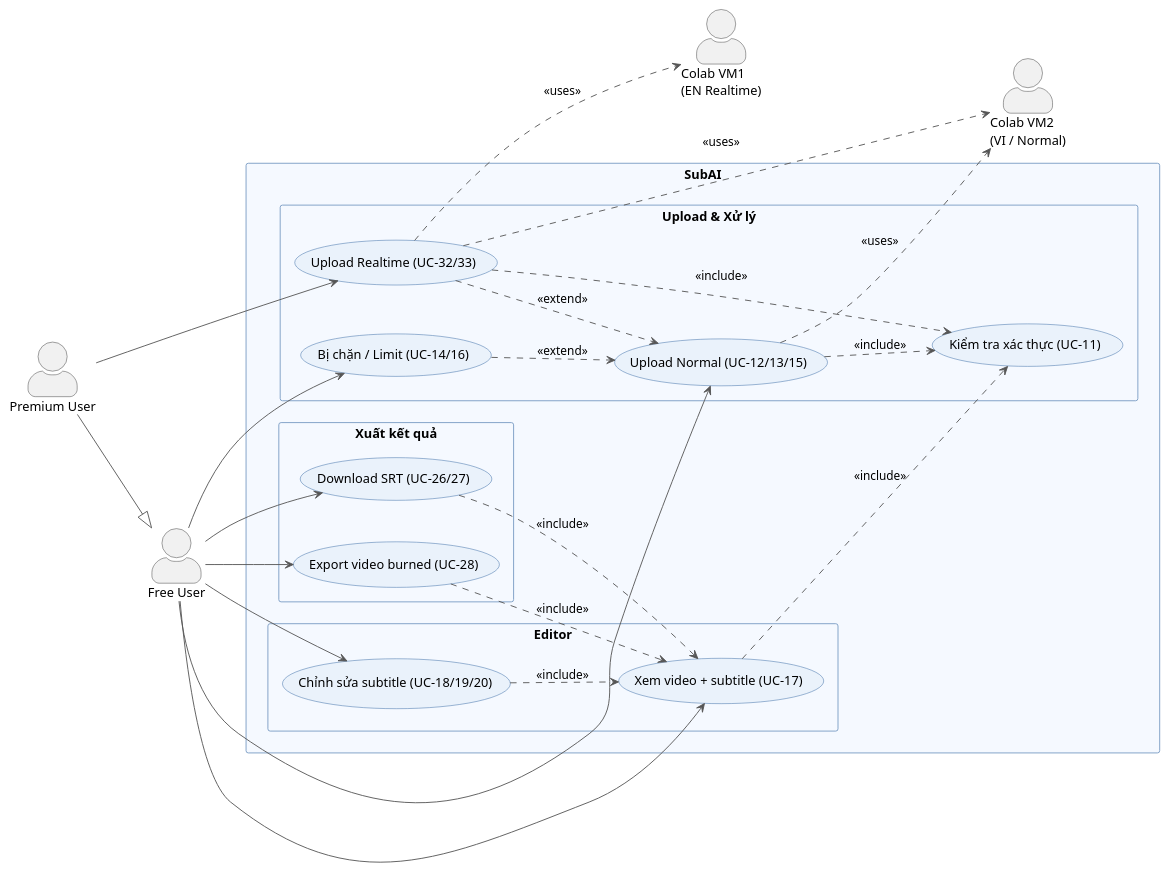
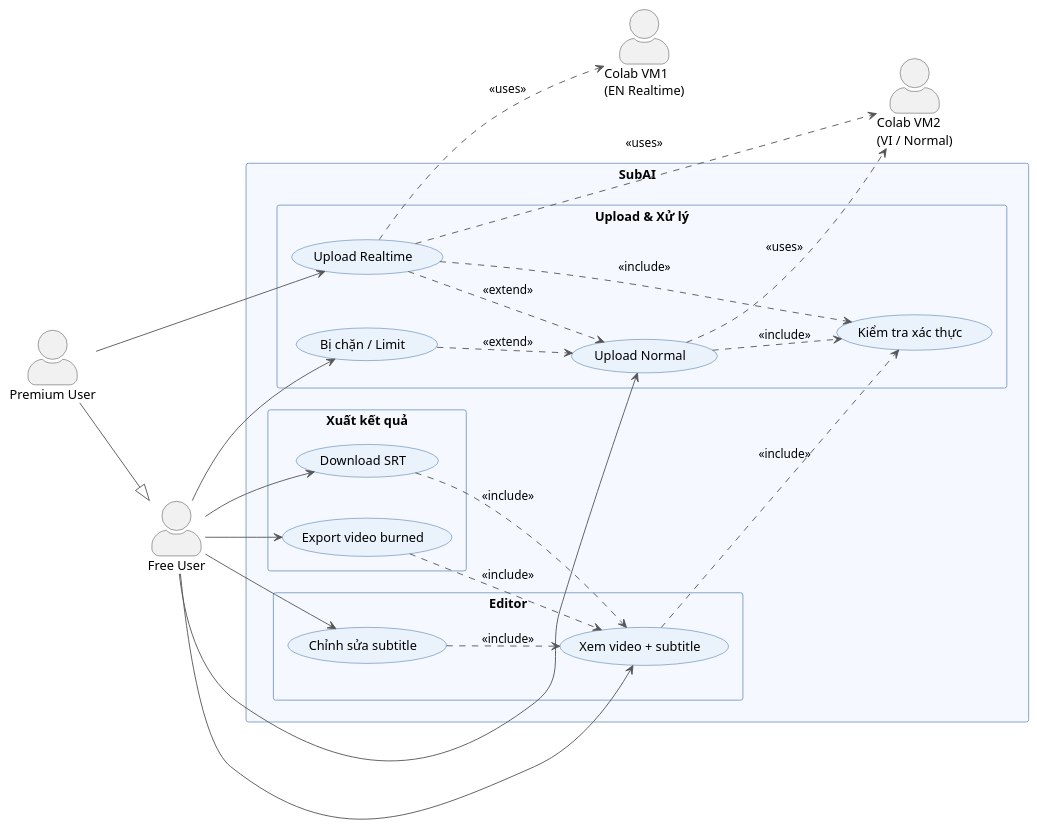
One commit to SonDinh1129/subtitle-project changed the second of 3 diagrams in docs/usecase-diagram.md. Above: the diagram before and after it, drawn with PlantUML. The commit also changed other lines of this file and 9 other files, not shown here.

````diff
--- a/docs/usecase-diagram.md
+++ b/docs/usecase-diagram.md
@@ -65,75 +65,75 @@
 ```plantuml
 @startuml SubAI_Core
 
 skinparam actorStyle awesome
 skinparam packageStyle rectangle
 skinparam usecaseBorderColor #2C5F9E
 skinparam usecaseBackgroundColor #EAF2FB
 skinparam packageBorderColor #7A9CC4
 skinparam packageBackgroundColor #F5F9FF
 skinparam packageFontStyle bold
 skinparam arrowColor #555555
 skinparam actorBorderColor #333333
 skinparam shadowing false
 skinparam nodesep 45
 skinparam ranksep 55
 
 left to right direction
 
 actor "Free User"     as Free
 actor "Premium User"  as Premium
 actor "Colab VM1\n(EN Realtime)" as VM1
 actor "Colab VM2\n(VI / Normal)" as VM2
 
 Premium --|> Free
 
 rectangle "SubAI" {
 
   package "Upload & Xử lý" {
-    usecase "Upload Normal (UC-12/13/15)"  as UC12
-    usecase "Upload Realtime (UC-32/33)"   as UC32
-    usecase "Bị chặn / Limit (UC-14/16)"  as UC14
-    usecase "Kiểm tra xác thực (UC-11)"   as UC11
+    usecase "Upload Normal "  as UC12
+    usecase "Upload Realtime "   as UC32
+    usecase "Bị chặn / Limit "  as UC14
+    usecase "Kiểm tra xác thực "   as UC11
   }
 
   package "Editor" {
-    usecase "Xem video + subtitle (UC-17)"     as UC17
-    usecase "Chỉnh sửa subtitle (UC-18/19/20)" as UC18
+    usecase "Xem video + subtitle "     as UC17
+    usecase "Chỉnh sửa subtitle " as UC18
   }
 
   package "Xuất kết quả" {
-    usecase "Download SRT (UC-26/27)"     as UC26
-    usecase "Export video burned (UC-28)" as UC28
+    usecase "Download SRT "     as UC26
+    usecase "Export video burned " as UC28
   }
 
 }
 
 ' Actors → Use Cases
 Free    --> UC12
 Free    --> UC14
 Free    --> UC17
 Free    --> UC18
 Free    --> UC26
 Free    --> UC28
 Premium --> UC32
 
 ' Hệ thống ngoài
 UC12 ..> VM2 : <<uses>>
 UC32 ..> VM1 : <<uses>>
 UC32 ..> VM2 : <<uses>>
 
 ' <<include>>
 UC12 ..> UC11 : <<include>>
 UC32 ..> UC11 : <<include>>
 UC17 ..> UC11 : <<include>>
 
 UC18 ..> UC17 : <<include>>
 UC26 ..> UC17 : <<include>>
 UC28 ..> UC17 : <<include>>
 
 ' <<extend>>
 UC14 ..> UC12 : <<extend>>
 UC32 ..> UC12 : <<extend>>
 
 @enduml
 ```
````
